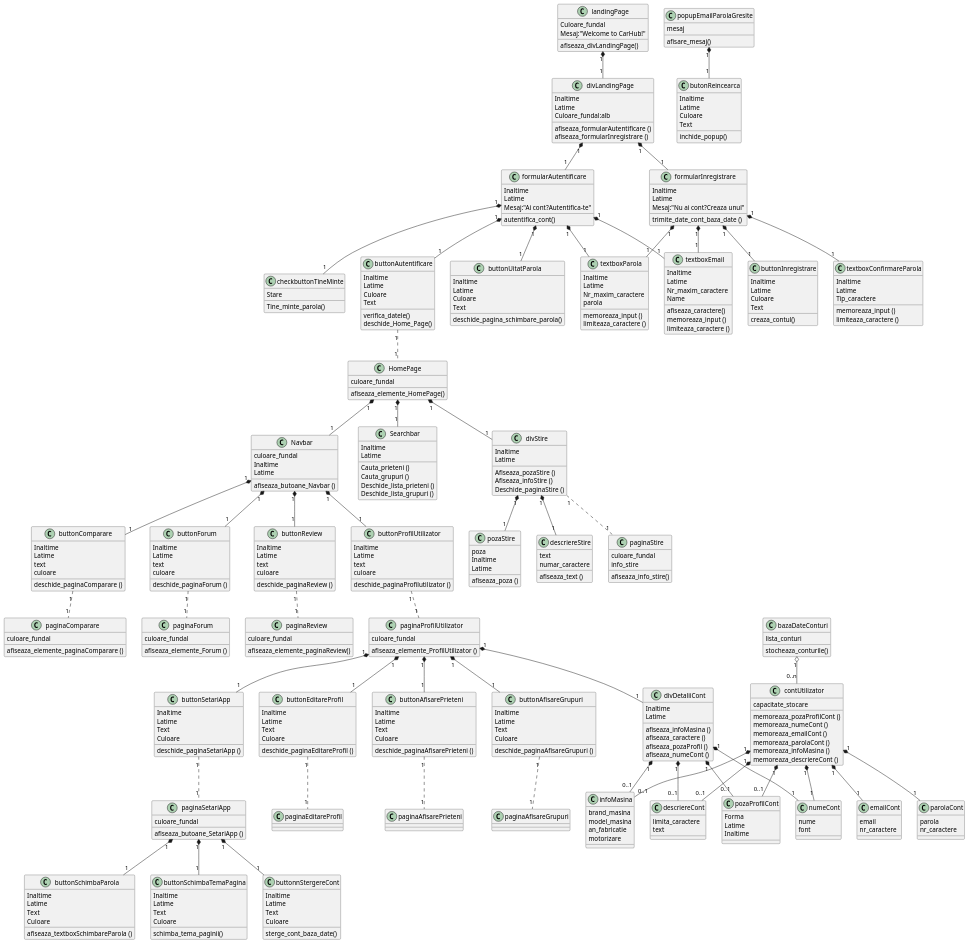
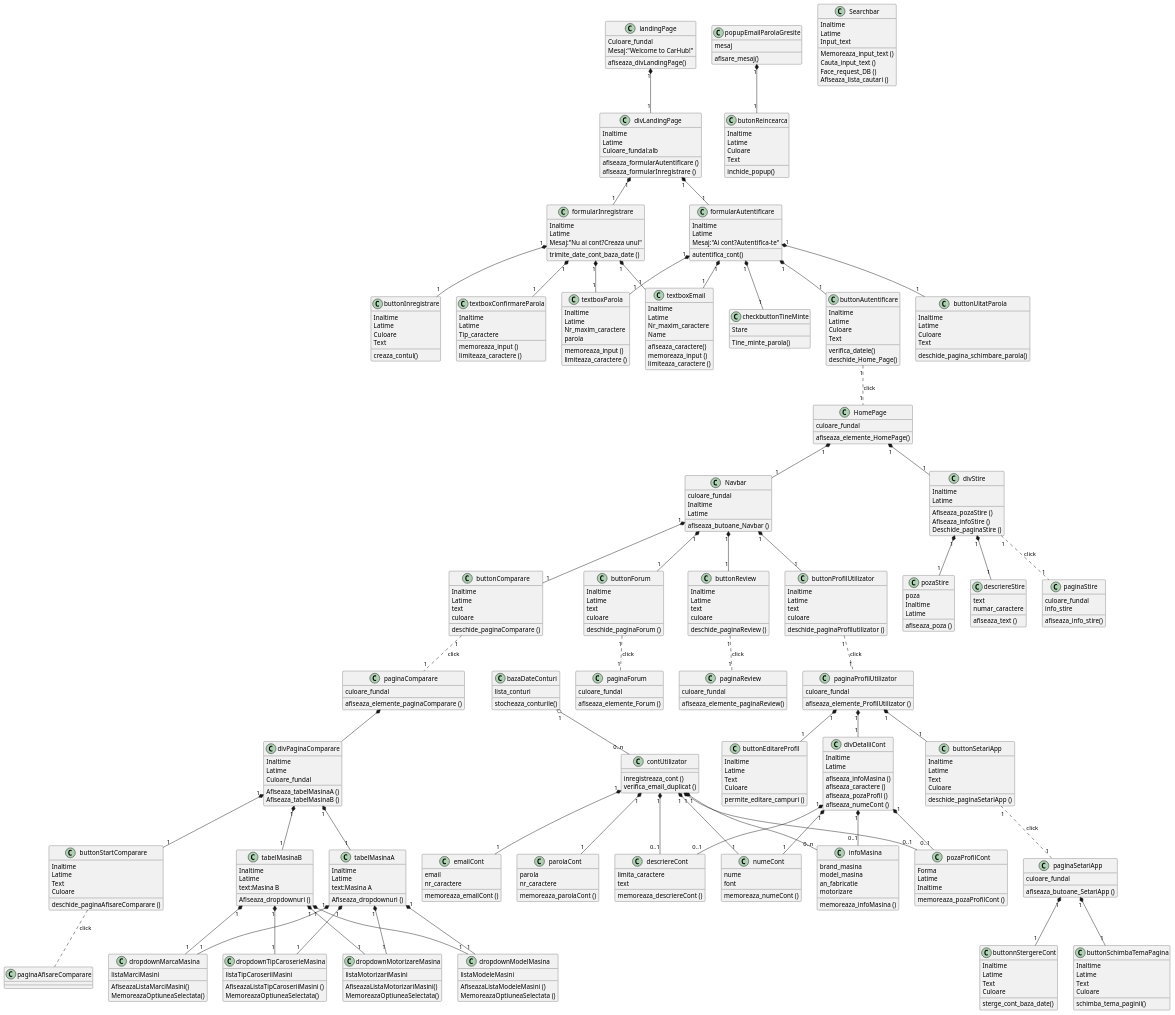
One commit to GelilFabian/CarHub changed the diagram in ClassDiagram.puml. Above: the diagram before and after it, drawn with PlantUML. The commit also changed 2 other files, not shown here.

```diff
--- a/ClassDiagram.puml
+++ b/ClassDiagram.puml
@@ -63,23 +63,20 @@
 }
 
 class contUtilizator{
-capacitate_stocare
-memoreaza_pozaProfilCont ()
-memoreaza_numeCont ()
-memoreaza_emailCont ()
-memoreaza_parolaCont ()
-memoreaza_infoMasina ()
-memoreaza_descriereCont ()
+inregistreaza_cont ()
+verifica_email_duplicat ()
 }
 
 class emailCont {
 email
 nr_caractere
+memoreaza_emailCont ()
 }
 
 class parolaCont {
 parola
 nr_caractere
+memoreaza_parolaCont ()
 }
 
 class formularInregistrare{
@@ -138,10 +135,11 @@
 class Searchbar{
 Inaltime
 Latime
-Cauta_prieteni ()
-Cauta_grupuri ()
-Deschide_lista_prieteni ()
-Deschide_lista_grupuri ()
+Input_text
+Memoreaza_input_text ()
+Cauta_input_text ()
+Face_request_DB ()
+Afiseaza_lista_cautari ()
 }
 
 class divStire{
@@ -227,12 +225,13 @@
 Forma
 Latime
 Inaltime
+memoreaza_pozaProfilCont ()
 }
 
 class numeCont {
 nume
 font
-
+memoreaza_numeCont ()
 }
 
 class infoMasina {
@@ -240,12 +239,13 @@
 model_masina
 an_fabricatie
 motorizare
+memoreaza_infoMasina ()
 }
 
 class descriereCont {
 limita_caractere
 text
-
+memoreaza_descriereCont ()
 }
 
 class buttonEditareProfil {
@@ -253,26 +253,7 @@
 Latime
 Text
 Culoare
-deschide_paginaEditareProfil ()
-}
-
-class paginaEditareProfil {
-}
-
-class buttonAfisarePrieteni {
-Inaltime
-Latime
-Text
-Culoare
-deschide_paginaAfisarePrieteni ()
-}
-
-class buttonAfisareGrupuri {
-Inaltime
-Latime
-Text
-Culoare
-deschide_paginaAfisareGrupuri ()
+permite_editare_campuri ()
 }
 
 class buttonSetariApp {
@@ -297,14 +278,6 @@
 afiseaza_numeCont ()
 }
 
-class buttonSchimbaParola {
-Inaltime
-Latime
-Text
-Culoare
-afiseaza_textboxSchimbareParola ()
-}
-
 class buttonSchimbaTemaPagina {
 Inaltime
 Latime
@@ -321,12 +294,64 @@
 sterge_cont_baza_date()
 }
 
-'fa proprietatile
-'fa functionalitatile
-'fa mai multe clase
+class divPaginaComparare {
+Inaltime
+Latime
+Culoare_fundal
+Afiseaza_tabelMasinaA ()
+Afiseaza_tabelMasinaB ()
+}
+
+class tabelMasinaA {
+Inaltime
+Latime
+text:Masina A
+Afiseaza_dropdownuri ()
+}
+
+class tabelMasinaB {
+Inaltime
+Latime
+text:Masina B
+Afiseaza_dropdownuri ()
+}
+
+class buttonStartComparare {
+Inaltime
+Latime
+Text
+Culoare
+deschide_paginaAfisareComparare ()
+}
+
+class dropdownMarcaMasina {
+listaMarciMasini
+AfiseazaListaMarciMasini()
+MemoreazaOptiuneaSelectata()
+}
+
+class dropdownModelMasina {
+listaModeleMasini
+AfiseazaListaModeleMasini ()
+MemoreazaOptiuneaSelectata ()
+}
+
+class dropdownTipCaroserieMasina {
+listaTipCaroseriiMasini
+AfiseazaListaTipCaroseriiMasini ()
+MemoreazaOptiuneaSelectata()
+}
+
+class dropdownMotorizareMasina {
+listaMotorizariMasini
+AfiseazaListaMotorizariMasini()
+MemoreazaOptiuneaSelectata()
+}
+
+class paginaAfisareComparare {
+}
 'clasele sunt la general, obiectele sunt proprietati valorizate
 'UCdiag ma ajuta sa stabilesc propr si funct in CDiag
-'info Masina e are proprietati de content
 'mostenire- creez o clasa de baza si migrez chestii comune si trag relatia de la derivate la clasa de baza fara sa mai scriu in cele de baza chestiile comune
 
 landingPage "1" *-- "1" divLandingPage
@@ -337,7 +362,7 @@
 formularAutentificare "1" *-- "1" checkbuttonTineMinte
 formularAutentificare "1" *-- "1" buttonUitatParola
 formularAutentificare "1" *-- "1" buttonAutentificare
-buttonAutentificare "1" .. "1" HomePage
+buttonAutentificare "1" .. "1" HomePage:click
 formularInregistrare "1" *-- "1" textboxEmail
 formularInregistrare "1" *-- "1" textboxParola
 formularInregistrare "1" *-- "1" textboxConfirmareParola
@@ -346,38 +371,44 @@
 contUtilizator "1" *-- "1" emailCont
 contUtilizator "1" *-- "1" parolaCont
 contUtilizator "1" *-- "1" numeCont
-contUtilizator "1" *-- "0..1" infoMasina
+contUtilizator "1" *-- "0..n" infoMasina
 contUtilizator "1" *-- "0..1" descriereCont
 contUtilizator "1" *-- "0..1" pozaProfilCont
 popupEmailParolaGresite "1" *-- "1" butonReincearca
 HomePage "1" *-- "1" Navbar
 HomePage "1" *-- "1" divStire
-HomePage "1" *-- "1" Searchbar
 divStire "1" *-- "1" pozaStire
 divStire "1" *-- "1" descriereStire
-divStire "1" .. "1" paginaStire
+divStire "1" .. "1" paginaStire:click
 Navbar "1" *-- "1" buttonProfilUtilizator
 Navbar "1" *-- "1" buttonComparare
 Navbar "1" *-- "1" buttonForum
 Navbar "1" *-- "1" buttonReview
-buttonProfilUtilizator "1" .. "1" paginaProfilUtilizator
-buttonComparare "1" .. "1" paginaComparare
-buttonForum "1" .. "1" paginaForum
-buttonReview "1" .. "1" paginaReview
+buttonProfilUtilizator "1" .. "1" paginaProfilUtilizator:click
+buttonComparare "1" .. "1" paginaComparare:click
+buttonForum "1" .. "1" paginaForum:click
+buttonReview "1" .. "1" paginaReview:click
 paginaProfilUtilizator "1" *-- "1" divDetaliiCont
 paginaProfilUtilizator "1" *-- "1" buttonEditareProfil
-paginaProfilUtilizator "1" *-- "1" buttonAfisareGrupuri
-paginaProfilUtilizator "1" *-- "1" buttonAfisarePrieteni
 paginaProfilUtilizator "1" *-- "1" buttonSetariApp
 divDetaliiCont "1" *-- "0..1" pozaProfilCont
 divDetaliiCont "1" *-- "1" numeCont
 divDetaliiCont "1" *-- "0..1" infoMasina
 divDetaliiCont "1" *-- "0..1" descriereCont
-buttonSetariApp "1".."1" paginaSetariApp
-buttonEditareProfil "1".."1" paginaEditareProfil
-buttonAfisarePrieteni "1".. "1" paginaAfisarePrieteni
-buttonAfisareGrupuri "1" .. "1" paginaAfisareGrupuri
-paginaSetariApp "1" *-- "1" buttonSchimbaParola
+buttonSetariApp "1".."1" paginaSetariApp:click
 paginaSetariApp "1" *-- "1" buttonSchimbaTemaPagina
 paginaSetariApp "1" *-- "1" buttonnStergereCont
+paginaComparare *-- divPaginaComparare
+divPaginaComparare "1" *-- "1" tabelMasinaA
+divPaginaComparare "1" *-- "1" tabelMasinaB
+divPaginaComparare "1" *-- "1" buttonStartComparare
+tabelMasinaA "1" *-- "1" dropdownMarcaMasina
+tabelMasinaA "1" *-- "1" dropdownModelMasina
+tabelMasinaA "1" *-- "1" dropdownMotorizareMasina
+tabelMasinaA "1" *-- "1" dropdownTipCaroserieMasina
+tabelMasinaB "1" *-- "1" dropdownMarcaMasina
+tabelMasinaB "1" *-- "1" dropdownModelMasina
+tabelMasinaB "1" *-- "1" dropdownMotorizareMasina
+tabelMasinaB "1" *-- "1" dropdownTipCaroserieMasina
+buttonStartComparare .. paginaAfisareComparare:click
 @enduml
```
